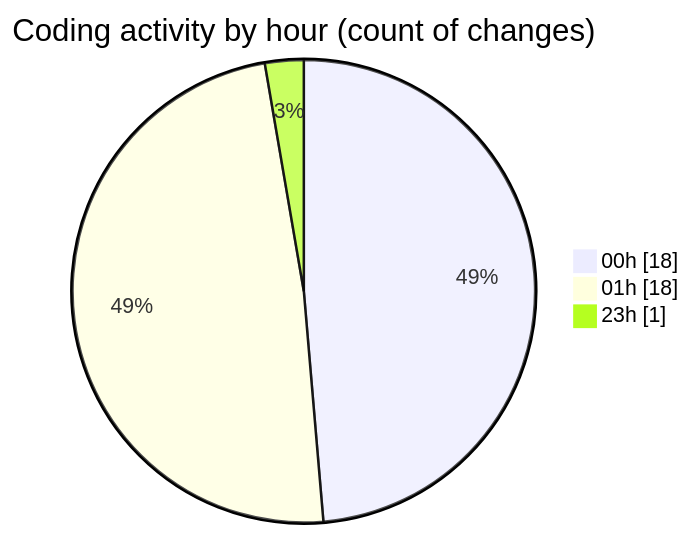
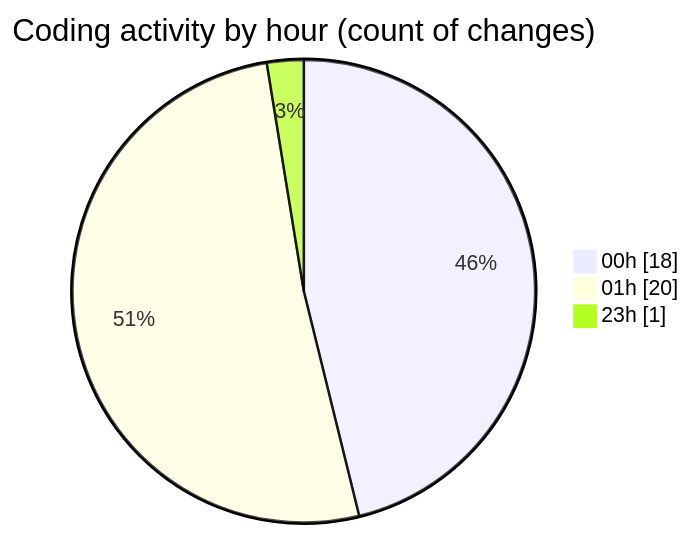
One commit to donsfak/code-tracking changed the second of 2 diagrams in 2025-01-02/uber_clone/README.md. Above: the diagram before and after it, drawn with Mermaid. The commit also changed other lines of this file and 1 other file, not shown here.

````diff
--- a/2025-01-02/uber_clone/README.md
+++ b/2025-01-02/uber_clone/README.md
@@ -35,7 +37,7 @@
 ```mermaid
 pie showData
 title Coding activity by hour (count of changes)
 "00h" : 18
-"01h" : 18
+"01h" : 20
 "23h" : 1
 ```
````
